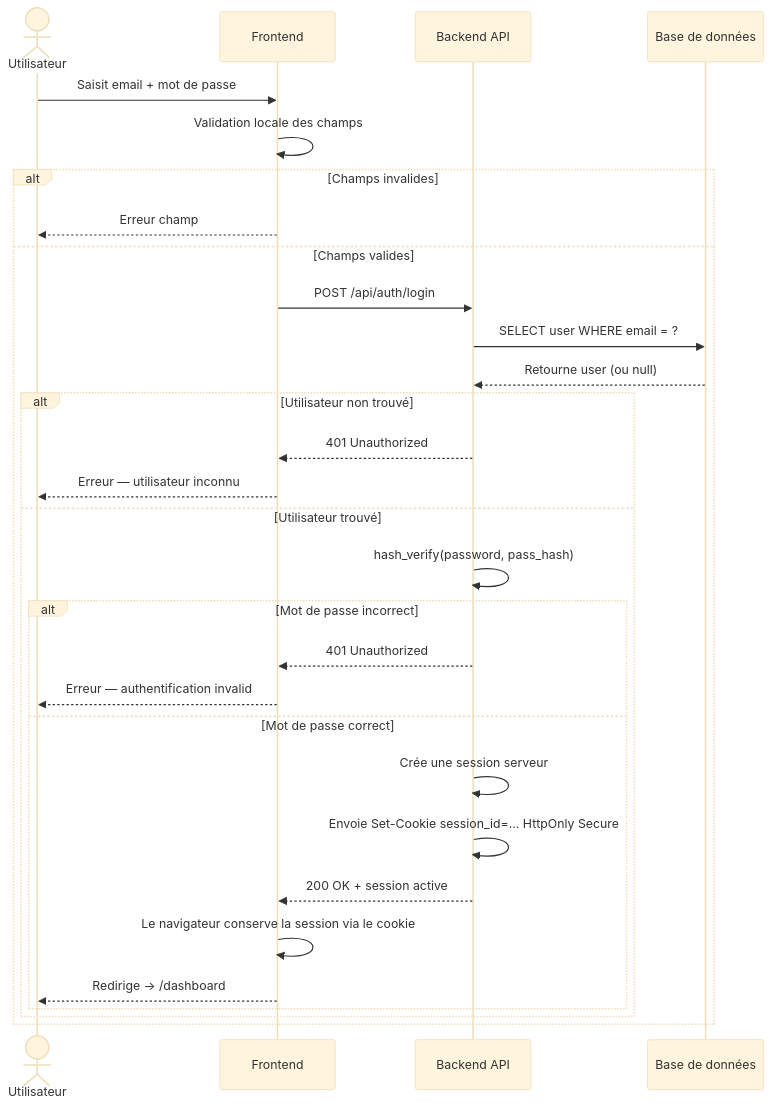
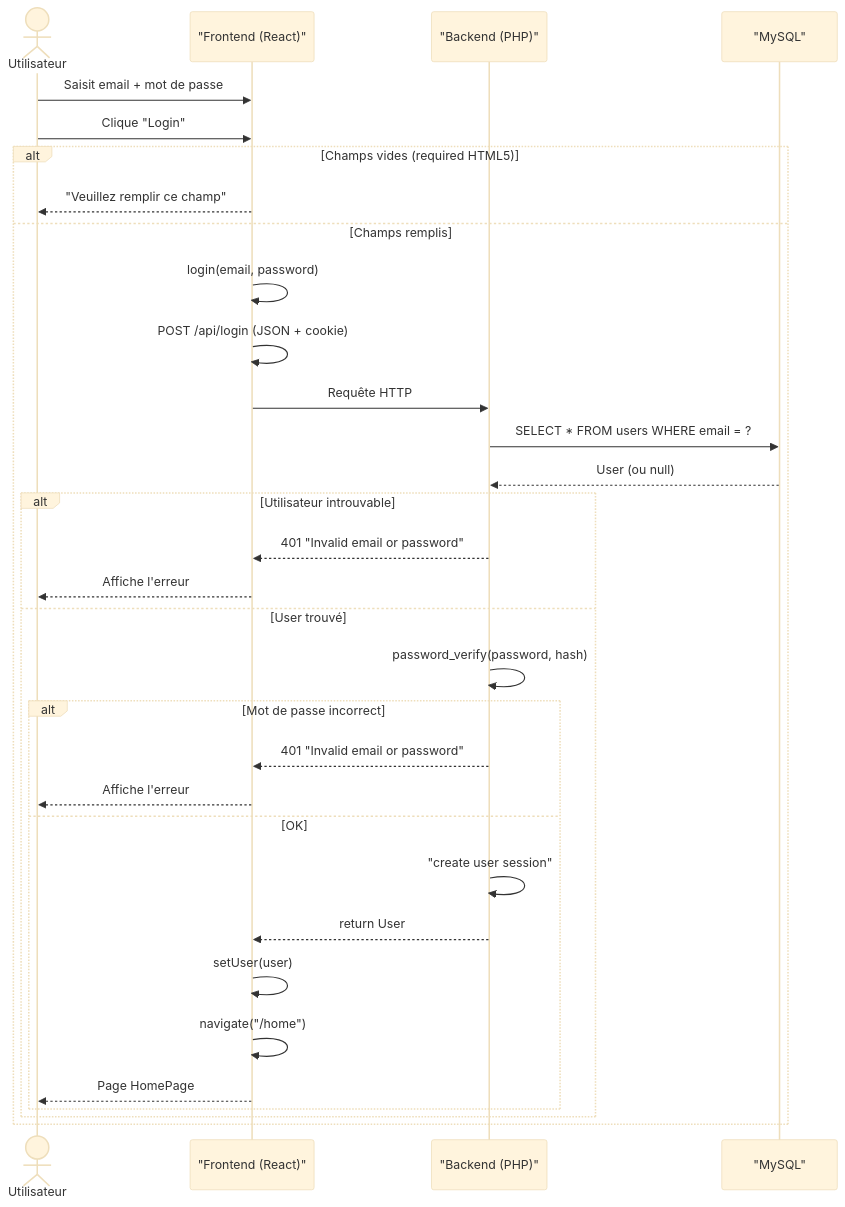
Before and after one commit to oussama-eljarrari/aiocean: the diagram in docs/se connecter.md, drawn with Mermaid (base theme). The commit also changed 5 other files, not shown here.

Commit message:
diagramme activite

````diff
--- a/docs/se connecter.md
+++ b/docs/se connecter.md
@@ -1,36 +1,38 @@
 ```mermaid
 sequenceDiagram
     actor U as Utilisateur
-    participant F as Frontend
-    participant B as Backend API
-    participant DB as Base de données
+    participant F as "Frontend (React)"
+    participant B as "Backend (PHP)"
+    participant DB as "MySQL"
 
     U->>F: Saisit email + mot de passe
-    F->>F: Validation locale des champs
+    U->>F: Clique "Login"
 
-    alt Champs invalides
-        F-->>U: Erreur champ
-    else Champs valides
-        F->>B: POST /api/auth/login
-        B->>DB: SELECT user WHERE email = ?
-        DB-->>B: Retourne user (ou null)
+    alt Champs vides (required HTML5)
+        F-->>U: "Veuillez remplir ce champ"
+    else Champs remplis
+        F->>F: login(email, password)
+        F->>F: POST /api/login (JSON + cookie)
+        F->>B: Requête HTTP
 
-        alt Utilisateur non trouvé
-            B-->>F: 401 Unauthorized
-            F-->>U: Erreur — utilisateur inconnu
-        else Utilisateur trouvé
-            B->>B: hash_verify(password, pass_hash)
+        B->>DB: SELECT * FROM users WHERE email = ?
+        DB-->>B: User (ou null)
 
+        alt Utilisateur introuvable
+            B-->>F: 401 "Invalid email or password"
+            F-->>U: Affiche l'erreur
+        else User trouvé
+            B->>B: password_verify(password, hash)
             alt Mot de passe incorrect
-                B-->>F: 401 Unauthorized
-                F-->>U: Erreur — authentification invalid 
-            else Mot de passe correct
-                B->>B: Crée une session serveur
-                B->>B: Envoie Set-Cookie session_id=... HttpOnly Secure
-                B-->>F: 200 OK + session active
-                F->>F: Le navigateur conserve la session via le cookie
-                F-->>U: Redirige → /dashboard
+                B-->>F: 401 "Invalid email or password"
+                F-->>U: Affiche l'erreur
+            else OK
+                B->>B: "create user session"
+                B-->>F: return User
+                F->>F: setUser(user)
+                F->>F: navigate("/home")
+                F-->>U: Page HomePage
             end
         end
     end
 ```
````
